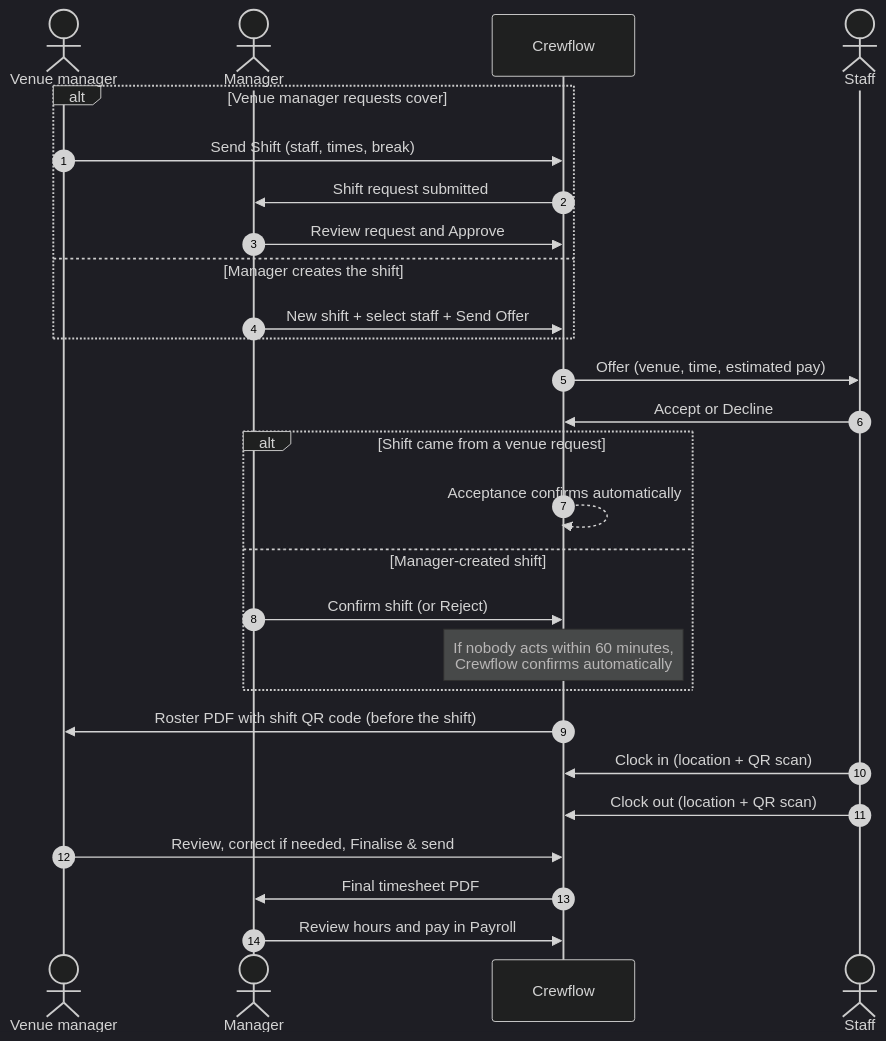
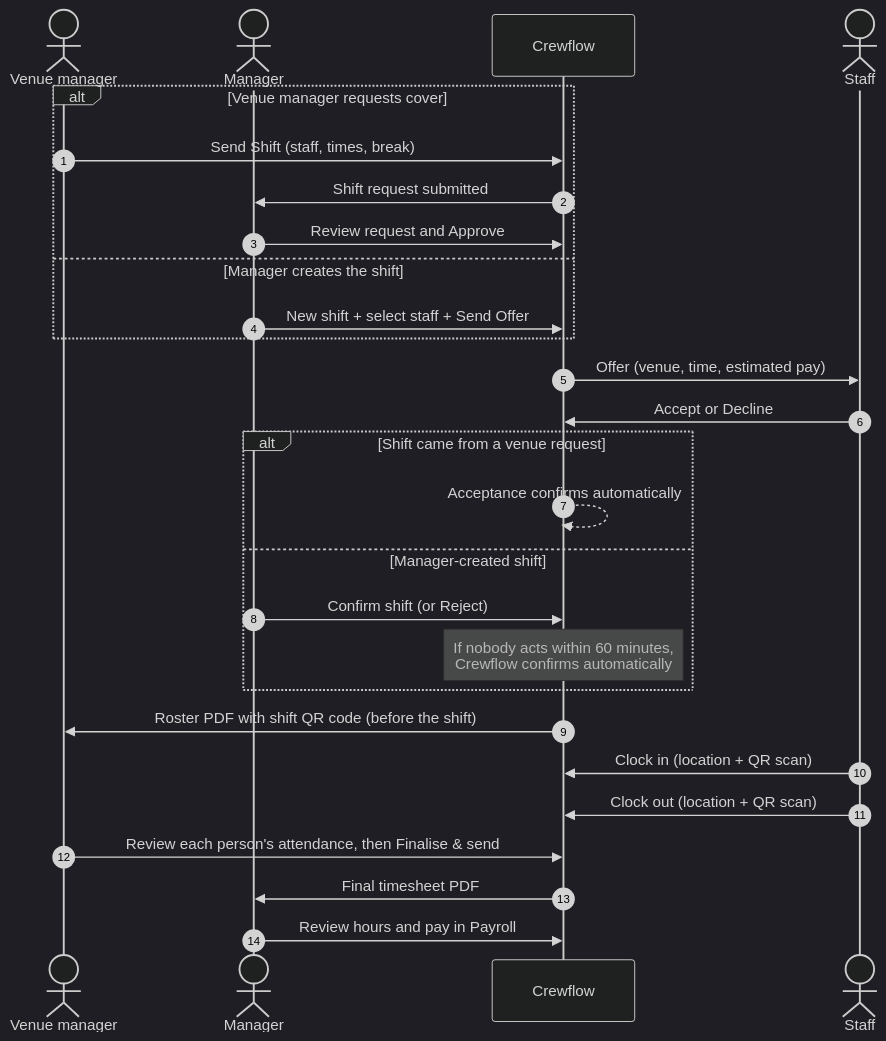
The diagram in packages/rab-docs/getting-started/workflow-overview.mdx (Rabblo06/rab-recurit), drawn with Mermaid (dark theme) before and after one commit. The commit also changed other lines of this file and 213 other files, not shown here.

````diff
--- a/packages/rab-docs/getting-started/workflow-overview.mdx
+++ b/packages/rab-docs/getting-started/workflow-overview.mdx
@@ -9,29 +9,29 @@
 ```mermaid
 sequenceDiagram
     autonumber
     actor VM as Venue manager
     actor M as Manager
     participant C as Crewflow
     actor S as Staff
     alt Venue manager requests cover
         VM->>C: Send Shift (staff, times, break)
         C->>M: Shift request submitted
         M->>C: Review request and Approve
     else Manager creates the shift
         M->>C: New shift + select staff + Send Offer
     end
     C->>S: Offer (venue, time, estimated pay)
     S->>C: Accept or Decline
     alt Shift came from a venue request
         C-->>C: Acceptance confirms automatically
     else Manager-created shift
         M->>C: Confirm shift (or Reject)
         Note over C: If nobody acts within 60 minutes,<br/>Crewflow confirms automatically
     end
     C->>VM: Roster PDF with shift QR code (before the shift)
     S->>C: Clock in (location + QR scan)
     S->>C: Clock out (location + QR scan)
-    VM->>C: Review, correct if needed, Finalise & send
+    VM->>C: Review each person's attendance, then Finalise & send
     C->>M: Final timesheet PDF
     M->>C: Review hours and pay in Payroll
 ```
````
